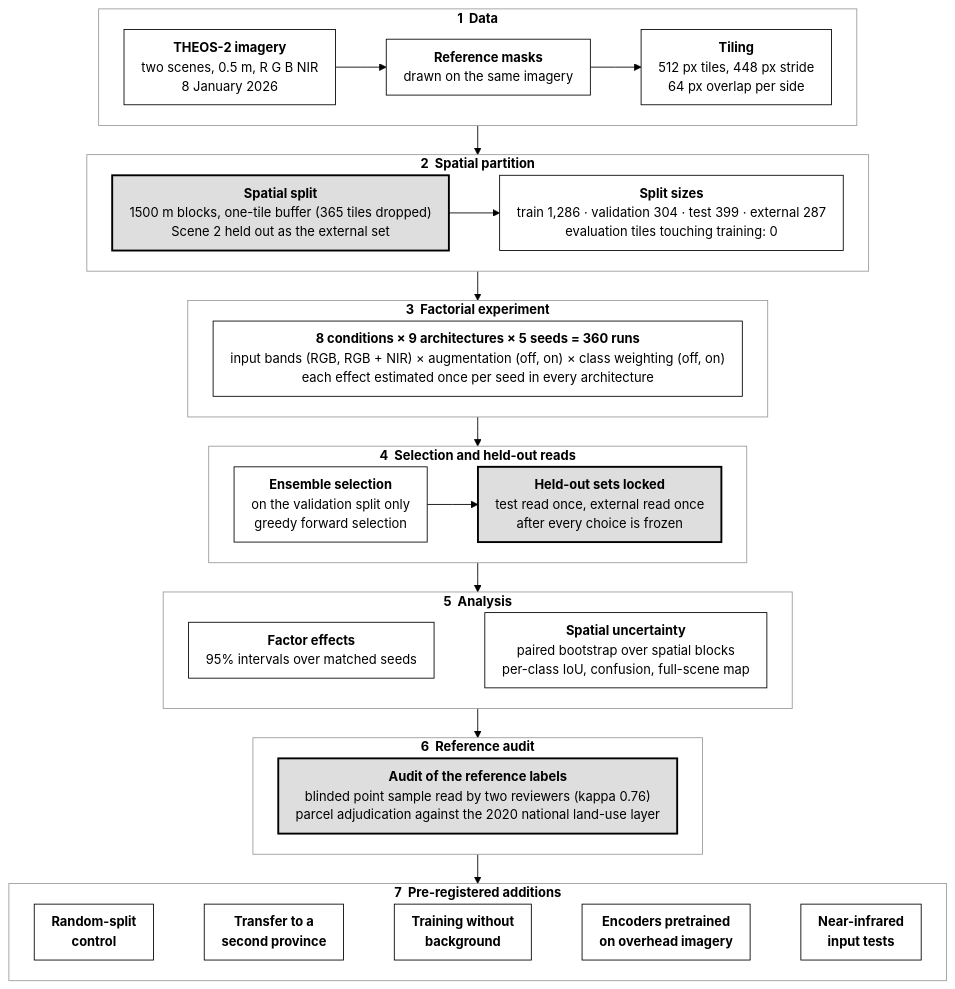
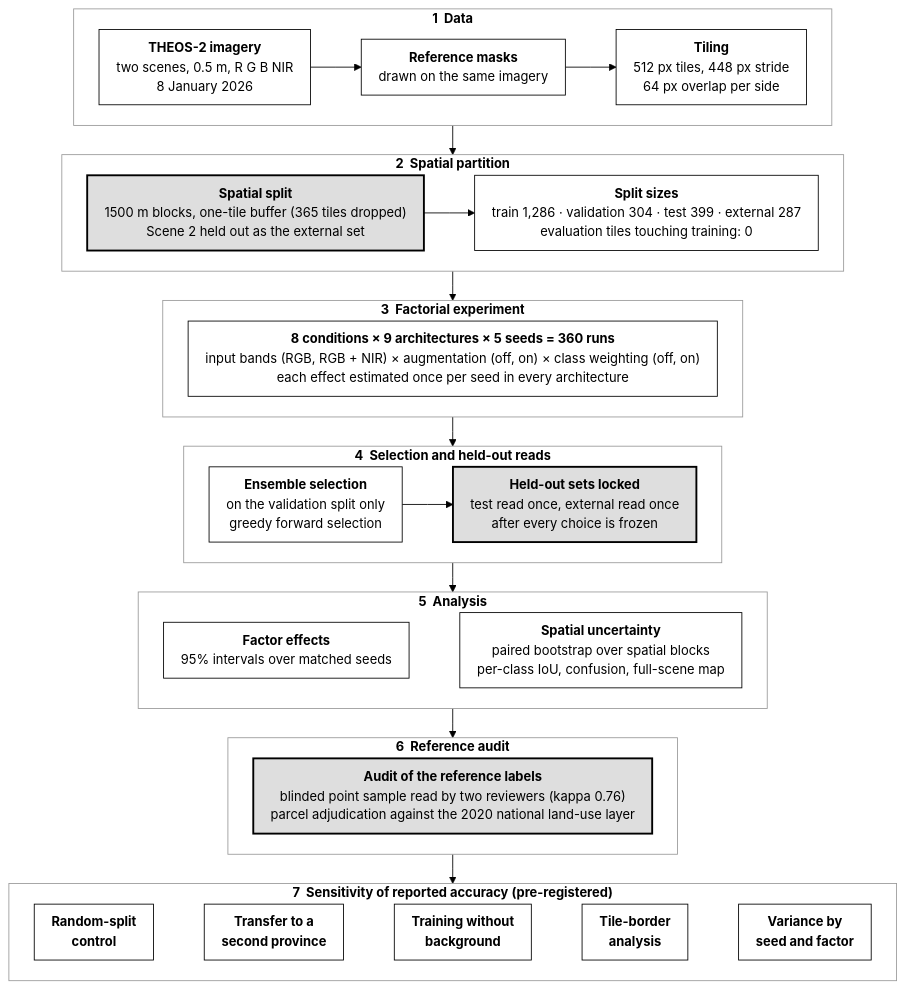
The diagram in paper1/analysis/figure/fig_workflow.mmd (dookda/cmu_theos_paper1), drawn with Mermaid before and after one commit. The commit also changed 7 other files, not shown here.

Commit message:
Reframe: benchmark and sensitivity of reported accuracy (new title, figure map, repository-only results marked)

```diff
--- a/paper1/analysis/figure/fig_workflow.mmd
+++ b/paper1/analysis/figure/fig_workflow.mmd
@@ -1,56 +1,56 @@
 %%{init: {'theme': 'base', 'flowchart': {'curve': 'linear', 'nodeSpacing': 28, 'rankSpacing': 34, 'htmlLabels': true, 'padding': 10, 'wrappingWidth': 900}, 'themeCSS': '.nodeLabel, .cluster-label, .label, span, p, b {font-family: Arial, Helvetica, sans-serif !important; color: #000000 !important; fill: #000000 !important;}', 'themeVariables': {'fontFamily': 'Arial, Helvetica, sans-serif', 'fontSize': '15px', 'primaryColor': '#ffffff', 'primaryTextColor': '#000000', 'primaryBorderColor': '#000000', 'lineColor': '#000000', 'clusterBkg': '#ffffff', 'clusterBorder': '#9a9a9a', 'titleColor': '#000000', 'edgeLabelBackground': '#ffffff'}}}%%
 flowchart TB
     subgraph S1["<b>1 &nbsp;Data</b>"]
         direction LR
         IMG["<b>THEOS-2 imagery</b><br/>two scenes, 0.5 m, R G B NIR<br/>8 January 2026"]
         REF["<b>Reference masks</b><br/>drawn on the same imagery"]
         TILE["<b>Tiling</b><br/>512 px tiles, 448 px stride<br/>64 px overlap per side"]
     end
     subgraph S2["<b>2 &nbsp;Spatial partition</b>"]
         direction LR
         SPLIT["<b>Spatial split</b><br/>1500 m blocks, one-tile buffer (365 tiles dropped)<br/>Scene 2 held out as the external set"]
         COUNT["<b>Split sizes</b><br/>train 1,286 · validation 304 · test 399 · external 287<br/>evaluation tiles touching training: 0"]
     end
     subgraph S3["<b>3 &nbsp;Factorial experiment</b>"]
         direction LR
         FACT["<b>8 conditions × 9 architectures × 5 seeds = 360 runs</b><br/>input bands (RGB, RGB + NIR) × augmentation (off, on) × class weighting (off, on)<br/>each effect estimated once per seed in every architecture"]
     end
     subgraph S4["<b>4 &nbsp;Selection and held-out reads</b>"]
         direction LR
         SEL["<b>Ensemble selection</b><br/>on the validation split only<br/>greedy forward selection"]
         LOCK["<b>Held-out sets locked</b><br/>test read once, external read once<br/>after every choice is frozen"]
     end
     subgraph S5["<b>5 &nbsp;Analysis</b>"]
         direction LR
         EFF["<b>Factor effects</b><br/>95% intervals over matched seeds"]
         UNC["<b>Spatial uncertainty</b><br/>paired bootstrap over spatial blocks<br/>per-class IoU, confusion, full-scene map"]
     end
     subgraph S6["<b>6 &nbsp;Reference audit</b>"]
         direction LR
         AUDIT["<b>Audit of the reference labels</b><br/>blinded point sample read by two reviewers (kappa 0.76)<br/>parcel adjudication against the 2020 national land-use layer"]
     end
-    subgraph S7["<b>7 &nbsp;Pre-registered additions</b>"]
+    subgraph S7["<b>7 &nbsp;Sensitivity of reported accuracy (pre-registered)</b>"]
         direction LR
         A1["<b>Random-split<br/>control</b>"]
         A2["<b>Transfer to a<br/>second province</b>"]
         A3["<b>Training without<br/>background</b>"]
-        A4["<b>Encoders pretrained<br/>on overhead imagery</b>"]
-        A5["<b>Near-infrared<br/>input tests</b>"]
+        A4["<b>Tile-border<br/>analysis</b>"]
+        A5["<b>Variance by<br/>seed and factor</b>"]
     end
     IMG --> REF --> TILE
     SPLIT --> COUNT
     SEL --> LOCK
     S1 --> S2 --> S3 --> S4 --> S5 --> S6 --> S7
     A1 ~~~ A2 ~~~ A3 ~~~ A4 ~~~ A5
     EFF ~~~ UNC
     classDef box fill:#ffffff,stroke:#000000,stroke-width:1px,color:#000000;
     classDef key fill:#dedede,stroke:#000000,stroke-width:2.2px,color:#000000;
     class IMG,REF,TILE,COUNT,FACT,SEL,EFF,UNC,A1,A2,A3,A4,A5 box;
     class SPLIT,LOCK,AUDIT key;
     style S1 fill:#ffffff,stroke:#9a9a9a,stroke-width:1px,color:#000000
     style S2 fill:#ffffff,stroke:#9a9a9a,stroke-width:1px,color:#000000
     style S3 fill:#ffffff,stroke:#9a9a9a,stroke-width:1px,color:#000000
     style S4 fill:#ffffff,stroke:#9a9a9a,stroke-width:1px,color:#000000
     style S5 fill:#ffffff,stroke:#9a9a9a,stroke-width:1px,color:#000000
     style S6 fill:#ffffff,stroke:#9a9a9a,stroke-width:1px,color:#000000
     style S7 fill:#ffffff,stroke:#9a9a9a,stroke-width:1px,color:#000000
```
